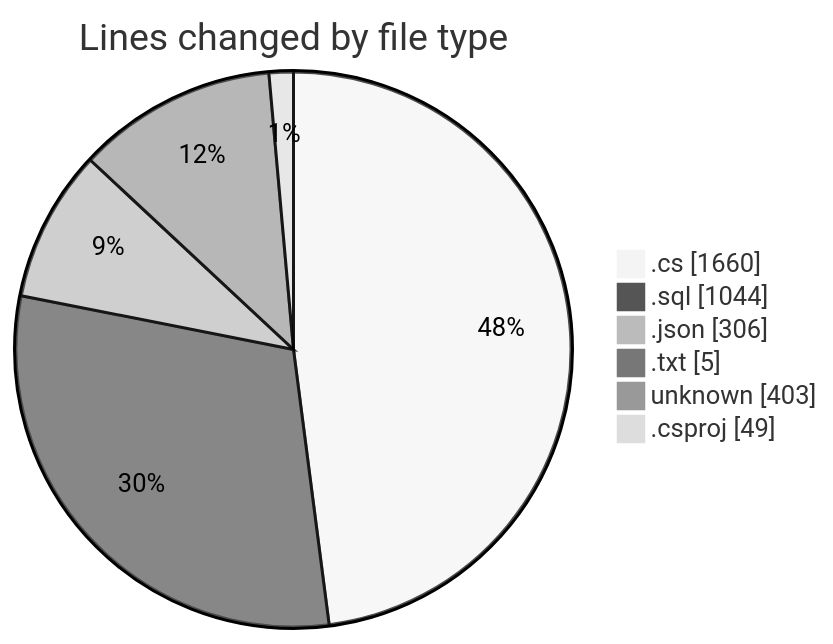
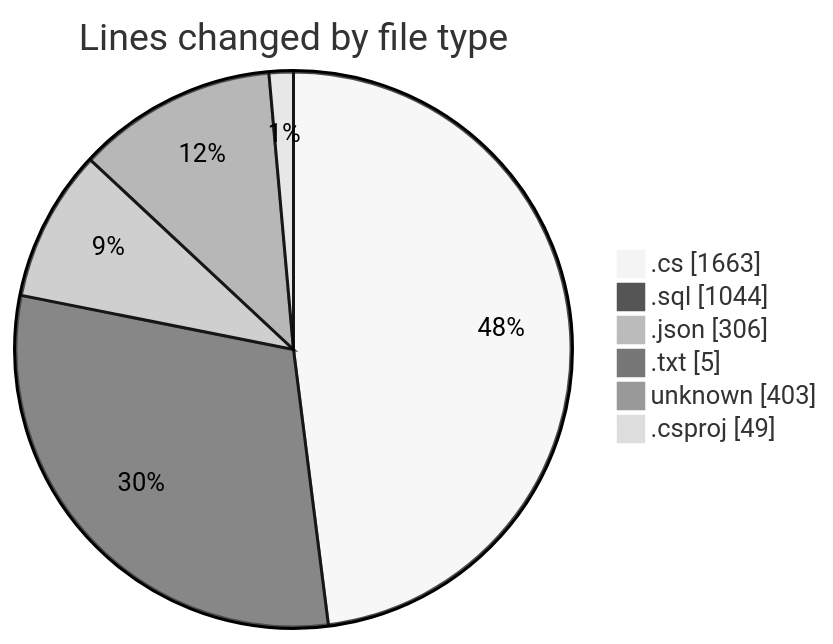
The first of 2 diagrams in 2025-04-04/back-end/README.md (Netris89/code-tracking), drawn with Mermaid (neutral theme) before and after one commit. The commit also changed other lines of this file and 1 other file, not shown here.

````diff
--- a/2025-04-04/back-end/README.md
+++ b/2025-04-04/back-end/README.md
@@ -34,10 +34,10 @@
 ```mermaid
 pie showData
 title Lines changed by file type
-".cs" : 1660
+".cs" : 1663
 ".sql" : 1044
 ".json" : 306
 ".txt" : 5
 "unknown" : 403
 ".csproj" : 49
 ```
````
